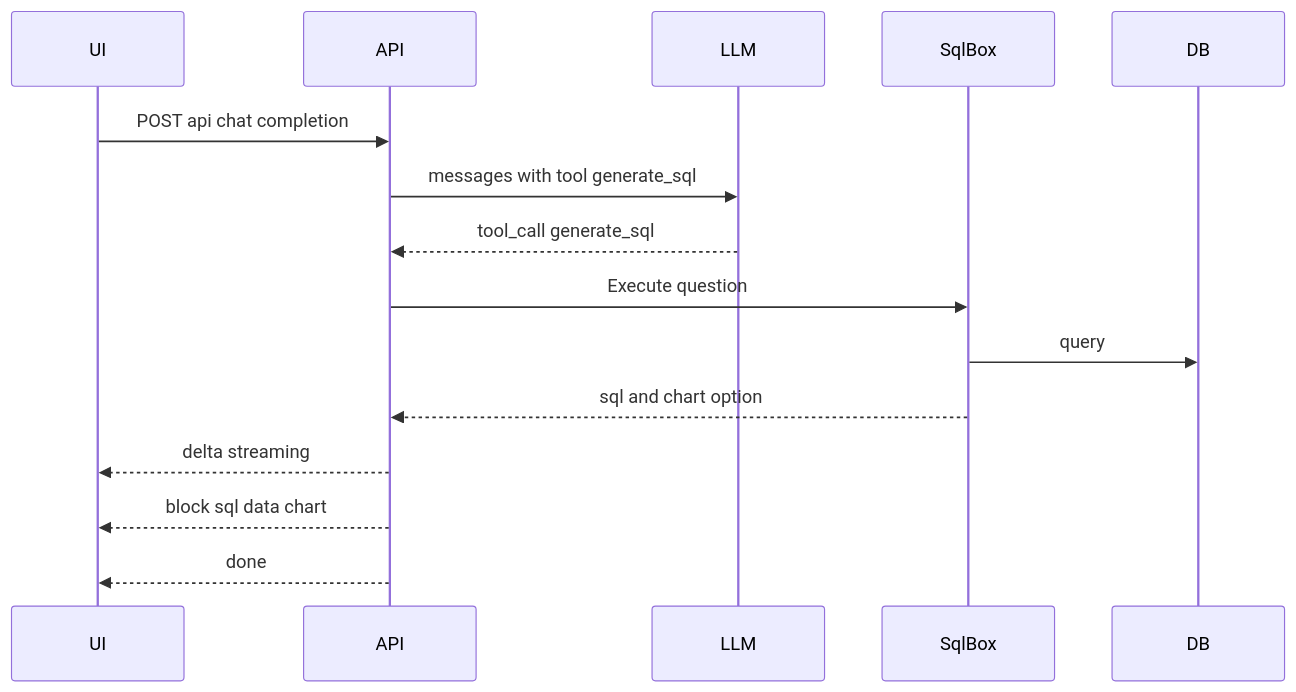
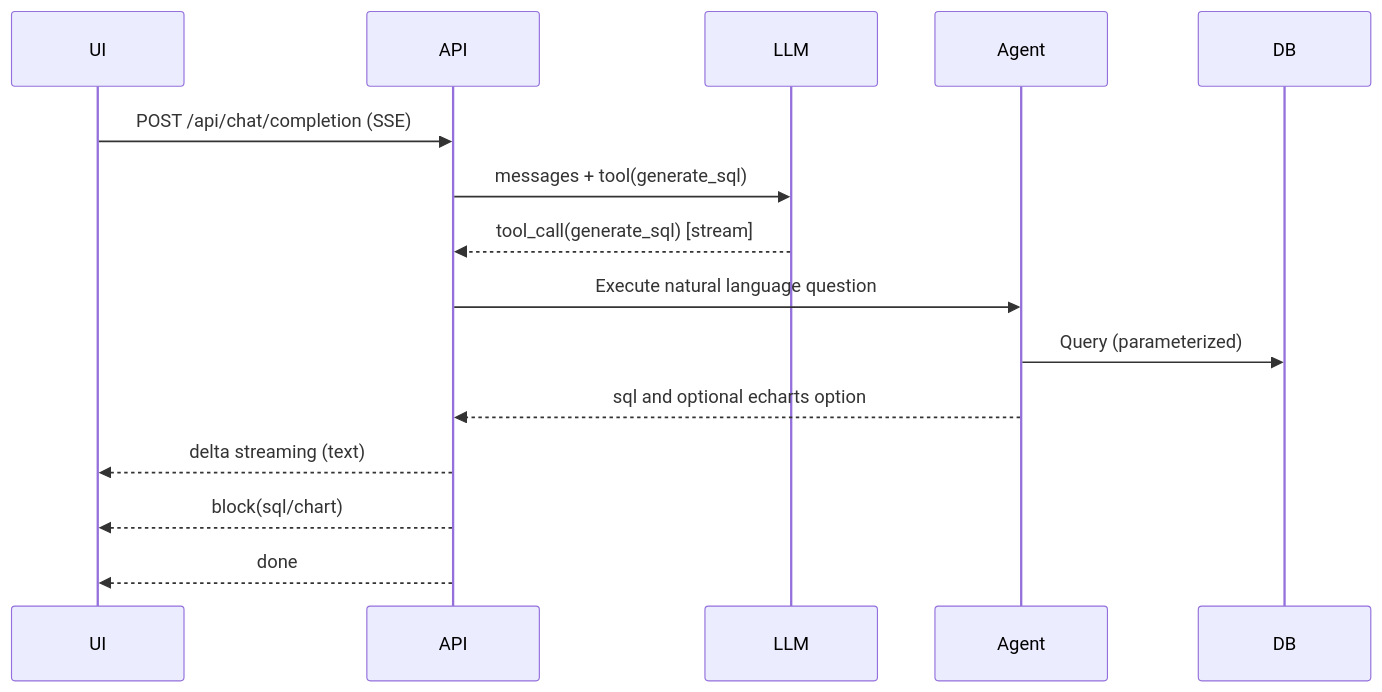
One commit to AIDotNet/SQLAgent changed the second of 2 diagrams in README.md. Above: the diagram before and after it, drawn with Mermaid. The commit also changed other lines of this file and 1 other file, not shown here.

````diff
--- a/README.md
+++ b/README.md
@@ -52,16 +55,16 @@
 ```mermaid
 sequenceDiagram
   participant UI
   participant API
   participant LLM
-  participant SqlBox
-  UI->>API: POST api chat completion
-  API->>LLM: messages with tool generate_sql
-  LLM-->>API: tool_call generate_sql
-  API->>SqlBox: Execute question
-  SqlBox->>DB: query
-  SqlBox-->>API: sql and chart option
-  API-->>UI: delta streaming
-  API-->>UI: block sql data chart
+  participant Agent
+  UI->>API: POST /api/chat/completion (SSE)
+  API->>LLM: messages + tool(generate_sql)
+  LLM-->>API: tool_call(generate_sql) [stream]
+  API->>Agent: Execute natural language question
+  Agent->>DB: Query (parameterized)
+  Agent-->>API: sql and optional echarts option
+  API-->>UI: delta streaming (text)
+  API-->>UI: block(sql/chart)
   API-->>UI: done
 ```
````
